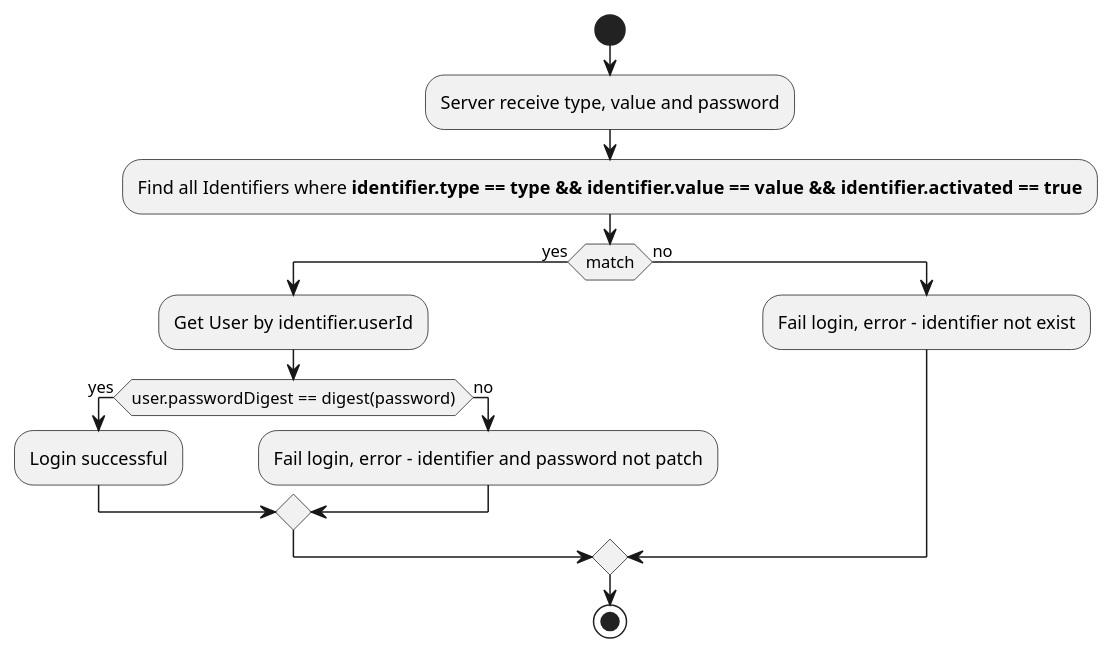
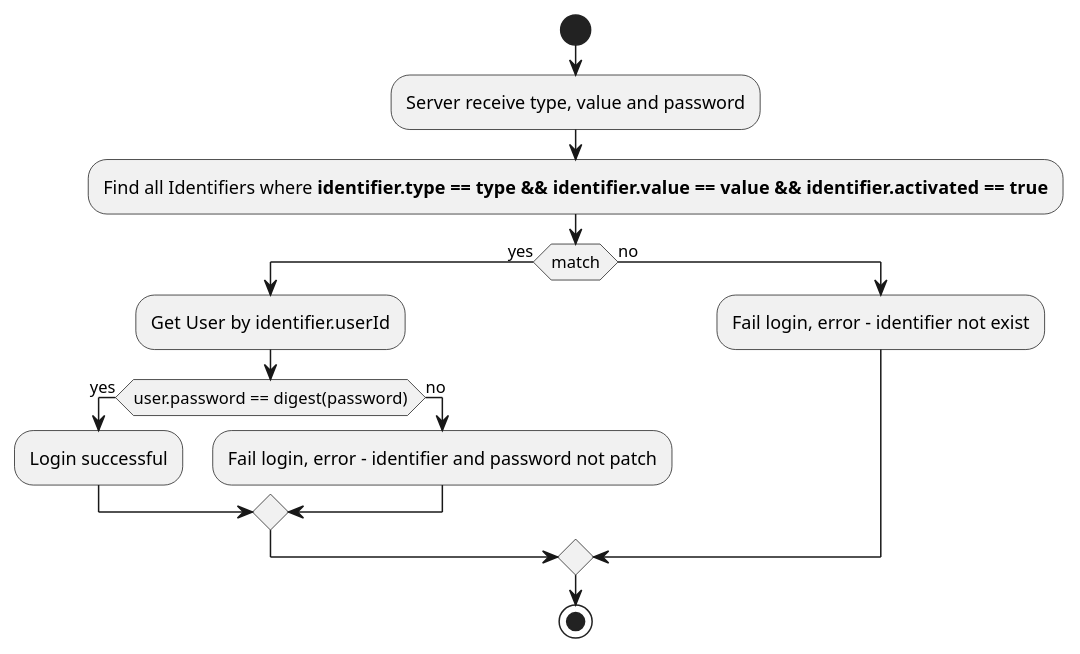
Before and after one commit to alices-wonderland/doorknob: the second of 5 diagrams in docs/docs/design.md, drawn with PlantUML. The commit also changed other lines of this file and 10 other files, not shown here.

```diff
--- a/docs/docs/design.md
+++ b/docs/docs/design.md
@@ -76,16 +76,16 @@
 @startuml
 start
 :Server receive type, value and password;
 :Find all Identifiers where **identifier.type == type && identifier.value == value && identifier.activated == true**;
 if (match) then (yes)
   :Get User by identifier.userId;
-  if (user.passwordDigest == digest(password)) then (yes)
+  if (user.password == digest(password)) then (yes)
     :Login successful;
   else (no)
     :Fail login, error - identifier and password not patch;
   endif
 else (no)
   :Fail login, error - identifier not exist;
 endif
 stop
 @enduml
```
